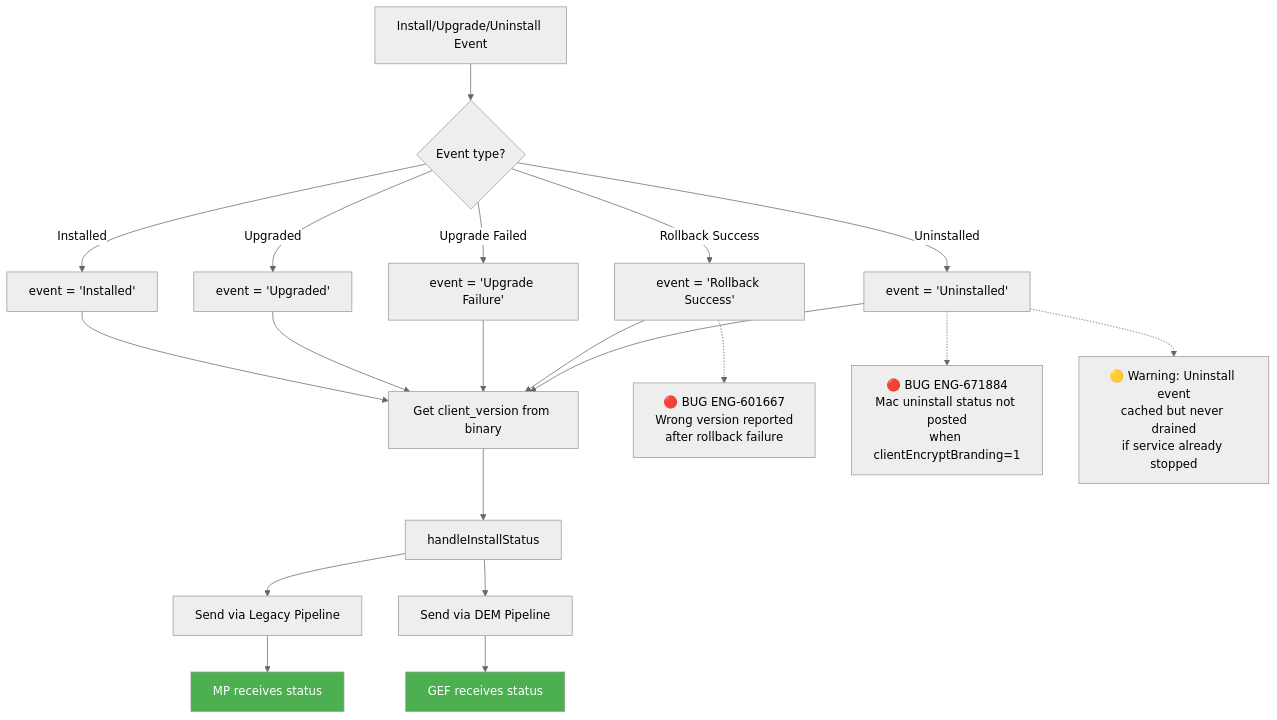
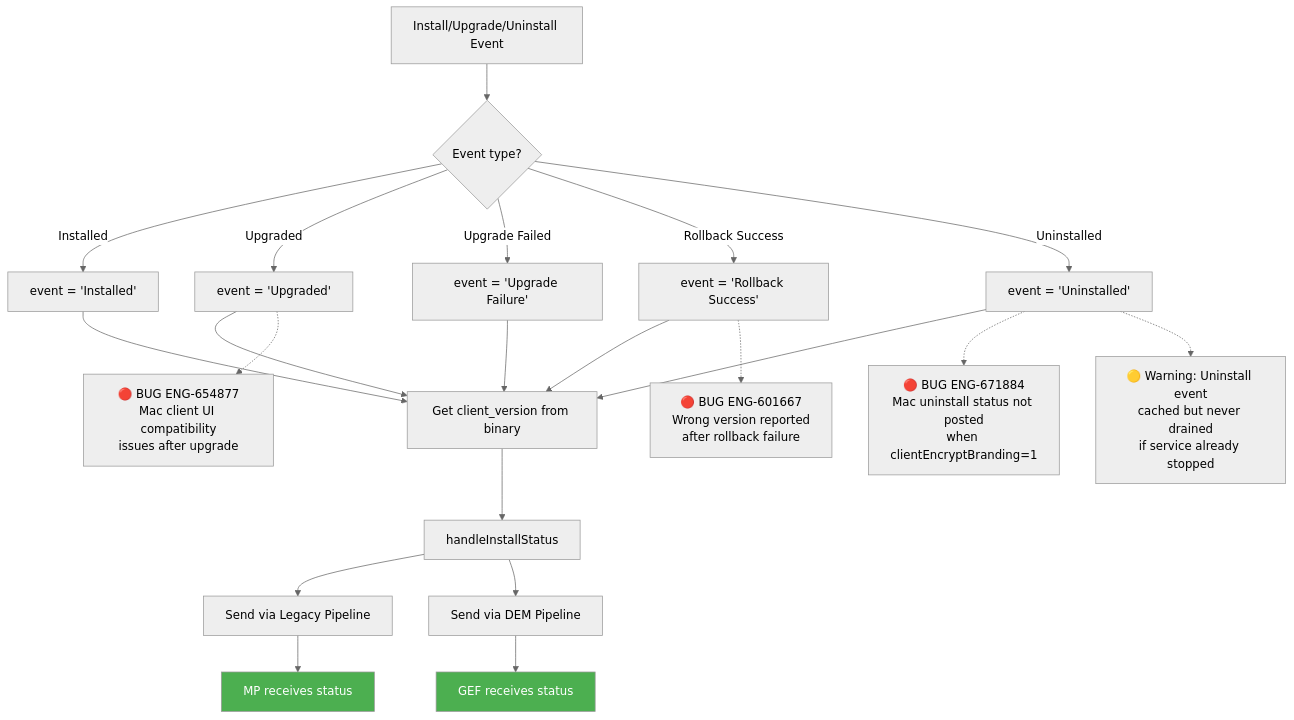
One commit to ns-klin/endpoint_system_test_plan changed the eighth of 9 diagrams in chapters/06_client_status.md. Above: the diagram before and after it, drawn with Mermaid (neutral theme). The commit also changed other lines of this file and 26 other files, not shown here.

First line of the commit message:
Add 87 bugs from Excel enrichment and integrate into mermaid diagrams

````diff
--- a/chapters/06_client_status.md
+++ b/chapters/06_client_status.md
@@ -398,33 +439,34 @@
 ```mermaid
 flowchart TD
     INSTALL[Install/Upgrade/Uninstall Event] --> DETECT{Event type?}
 
     DETECT -->|Installed| EVT_INSTALL[event = 'Installed']
     DETECT -->|Upgraded| EVT_UPGRADE[event = 'Upgraded']
     DETECT -->|Upgrade Failed| EVT_FAIL[event = 'Upgrade Failure']
     DETECT -->|Rollback Success| EVT_ROLLBACK[event = 'Rollback Success']
     DETECT -->|Uninstalled| EVT_UNINST[event = 'Uninstalled']
 
     EVT_INSTALL --> GET_VER[Get client_version from binary]
     EVT_UPGRADE --> GET_VER
     EVT_FAIL --> GET_VER
     EVT_ROLLBACK --> GET_VER
     EVT_UNINST --> GET_VER
 
     GET_VER --> POST_STATUS[handleInstallStatus]
     POST_STATUS --> SEND_LEGACY[Send via Legacy Pipeline]
     POST_STATUS --> SEND_DEM[Send via DEM Pipeline]
 
     SEND_LEGACY --> MP_RECV[MP receives status]
     SEND_DEM --> GEF_RECV[GEF receives status]
 
     EVT_ROLLBACK -.-> BUG_601667_3["🔴 BUG ENG-601667<br/>Wrong version reported<br/>after rollback failure"]
     EVT_UNINST -.-> BUG_671884["🔴 BUG ENG-671884<br/>Mac uninstall status not posted<br/>when clientEncryptBranding=1"]
+    EVT_UPGRADE -.-> BUG_654877_3["🔴 BUG ENG-654877<br/>Mac client UI compatibility<br/>issues after upgrade"]
 
     RISK_OFFLINE["🟡 Warning: Uninstall event<br/>cached but never drained<br/>if service already stopped"]
 
     EVT_UNINST -.-> RISK_OFFLINE
 
     style MP_RECV fill:#4CAF50,color:#fff
     style GEF_RECV fill:#4CAF50,color:#fff
 ```
````
